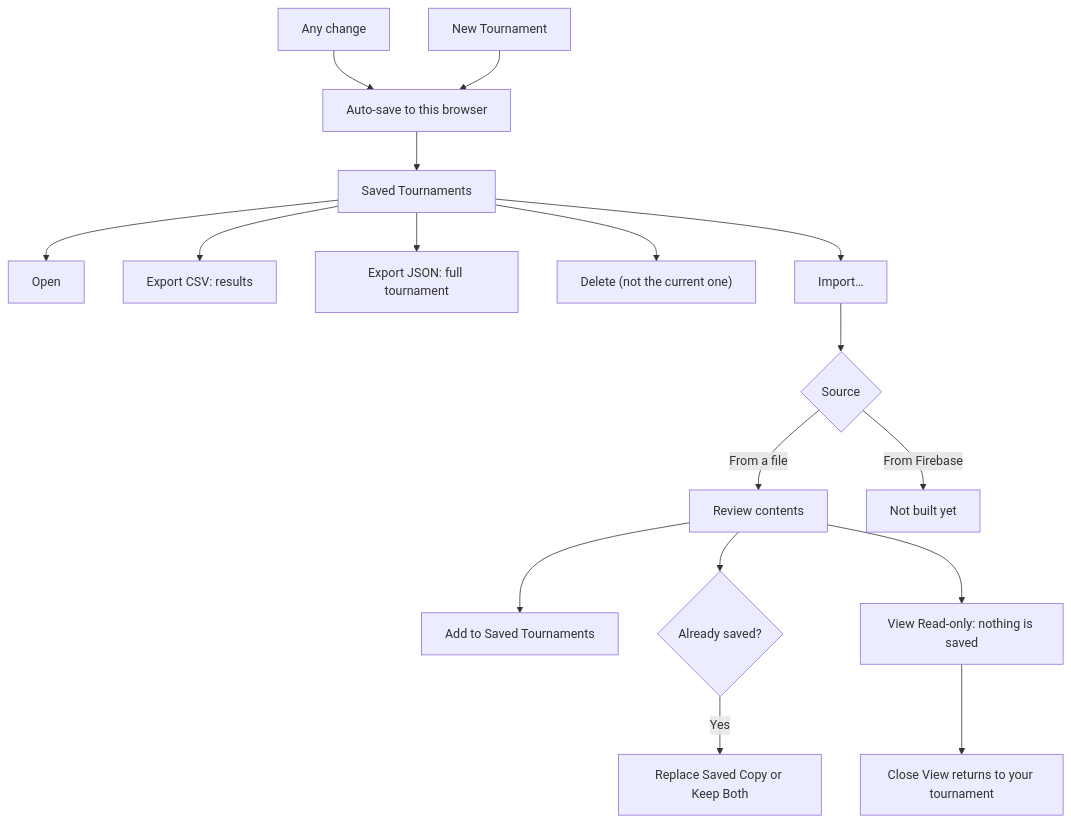
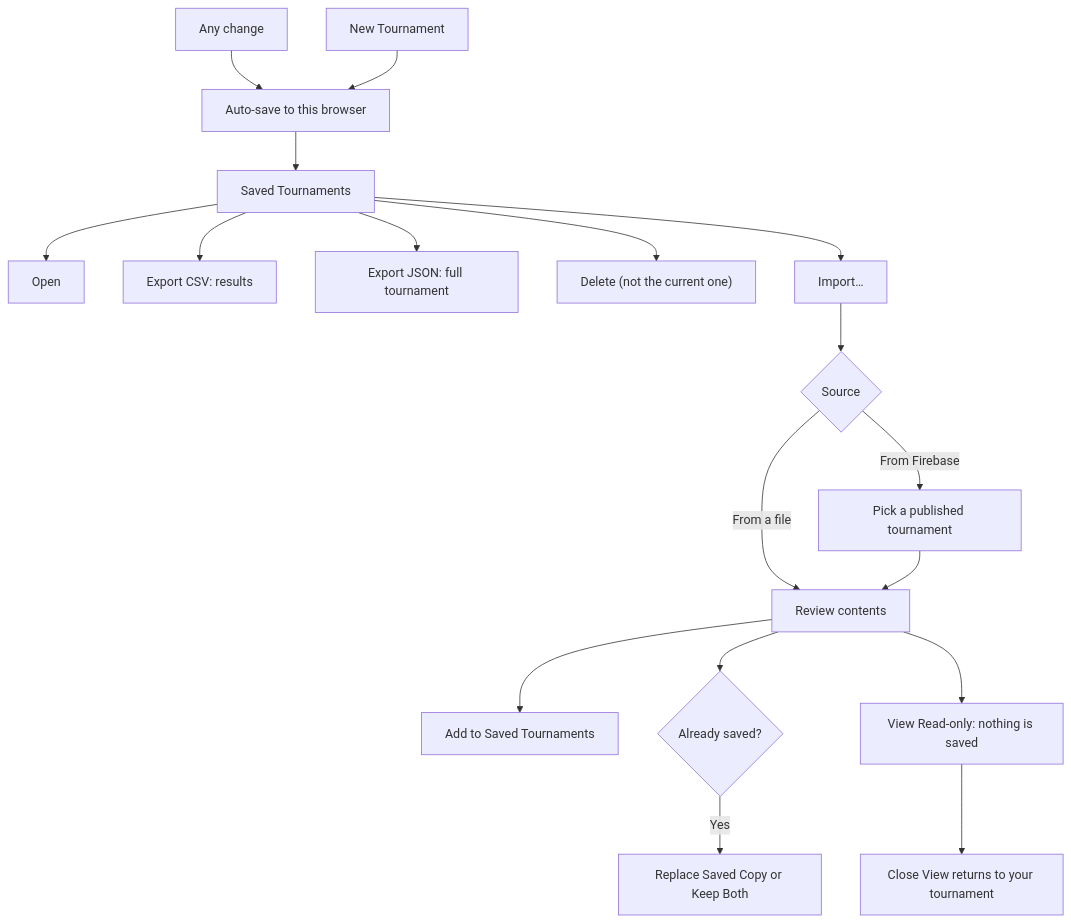
Before and after one commit to DT209/foos-tourney: the fourth of 7 diagrams in README.md, drawn with Mermaid. The commit also changed other lines of this file and 3 other files, not shown here.

Commit message:
Docs: publishing in README, CLAUDE.md, Flow.md and the plan status

````diff
--- a/README.md
+++ b/README.md
@@ -175,19 +188,20 @@
 ```mermaid
 flowchart TD
     A["Any change"] --> B["Auto-save to this browser"]
     NT["New Tournament"] --> B
     B --> SV["Saved Tournaments"]
     SV --> O["Open"]
     SV --> X["Export CSV: results"]
     SV --> XJ["Export JSON: full tournament"]
     SV --> DEL["Delete (not the current one)"]
     SV --> IM["Import…"]
     IM --> SRC{"Source"}
     SRC -- "From a file" --> REV["Review contents"]
-    SRC -- "From Firebase" --> FB["Not built yet"]
+    SRC -- "From Firebase" --> FB["Pick a published tournament"]
+    FB --> REV
     REV --> ADD["Add to Saved Tournaments"]
     REV --> EX{"Already saved?"}
     EX -- Yes --> RP["Replace Saved Copy or Keep Both"]
     REV --> RO["View Read-only: nothing is saved"]
     RO --> CV["Close View returns to your tournament"]
 ```
````
